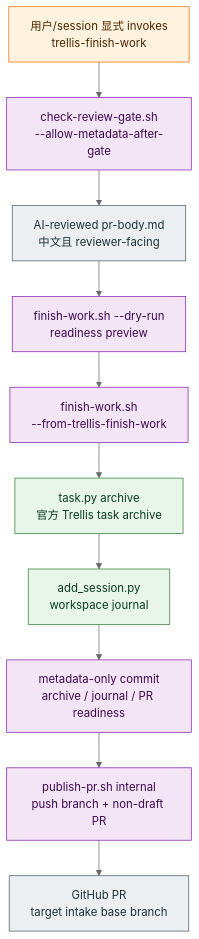
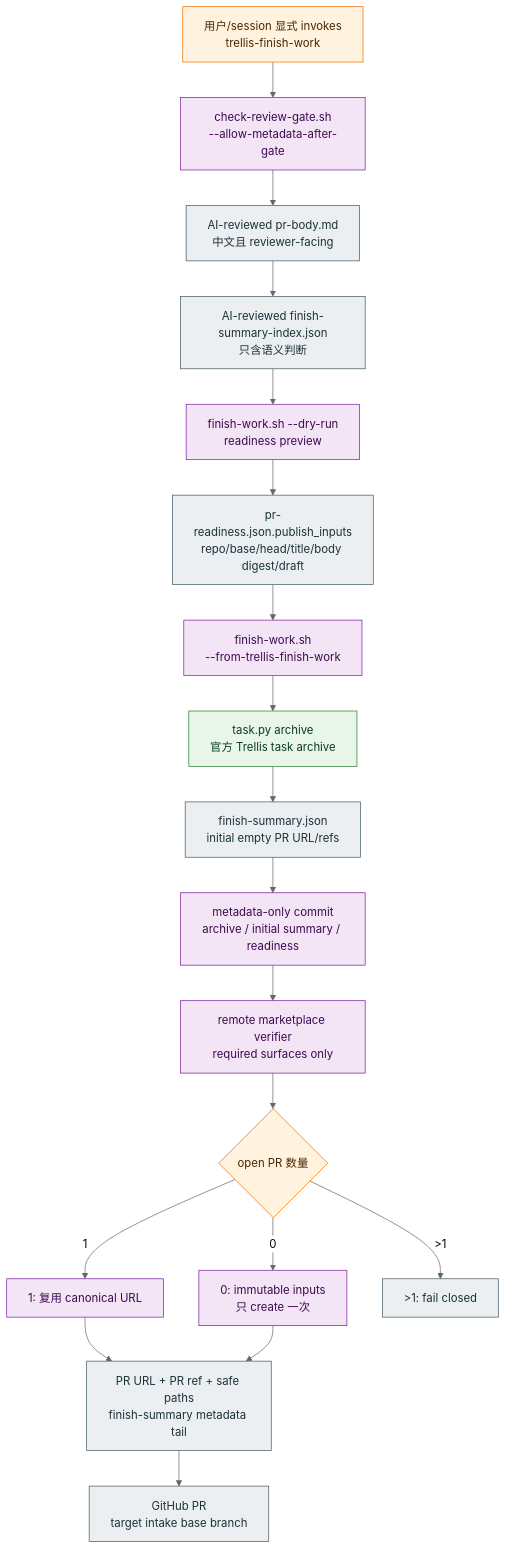
Before and after one commit to castbox/guru-trellis: the sixth of 6 diagrams in docs/requirements/guru-team-trellis-flow.md, drawn with Mermaid (neutral theme). The commit also changed other lines of this file and 36 other files, not shown here.

````diff
--- a/docs/requirements/guru-team-trellis-flow.md
+++ b/docs/requirements/guru-team-trellis-flow.md
@@ -345,20 +345,30 @@
 ```mermaid
 flowchart TD
   Start["用户/session 显式 invokes<br/>trellis-finish-work"]:::guru
   CheckGate["check-review-gate.sh<br/>--allow-metadata-after-gate"]:::script
   Body["AI-reviewed pr-body.md<br/>中文且 reviewer-facing"]:::artifact
   Dry["finish-work.sh --dry-run<br/>readiness preview"]:::script
+  Index["AI-reviewed finish-summary-index.json<br/>只含语义判断"]:::artifact
+  Readiness["pr-readiness.json.publish_inputs<br/>repo/base/head/title/body digest/draft"]:::artifact
   Formal["finish-work.sh<br/>--from-trellis-finish-work"]:::script
   Archive["task.py archive<br/>官方 Trellis task archive"]:::trellis
-  Journal["add_session.py<br/>workspace journal"]:::trellis
-  MetaCommit["metadata-only commit<br/>archive / journal / PR readiness"]:::script
-  Publish["publish-pr.sh internal<br/>push branch + non-draft PR"]:::script
+  Initial["finish-summary.json<br/>initial empty PR URL/refs"]:::artifact
+  MetaCommit["metadata-only commit<br/>archive / initial summary / readiness"]:::script
+  Verify["remote marketplace verifier<br/>required surfaces only"]:::script
+  Resolve{"open PR 数量"}:::guru
+  Reuse["1: 复用 canonical URL"]:::script
+  Create["0: immutable inputs<br/>只 create 一次"]:::script
+  Block["&gt;1: fail closed"]:::artifact
+  Tail["PR URL + PR ref + safe paths<br/>finish-summary metadata tail"]:::artifact
   PR["GitHub PR<br/>target intake base branch"]:::artifact
 
-  Start --> CheckGate --> Body --> Dry --> Formal --> Archive --> Journal --> MetaCommit --> Publish --> PR
+  Start --> CheckGate --> Body --> Index --> Dry --> Readiness --> Formal --> Archive --> Initial --> MetaCommit --> Verify --> Resolve
+  Resolve -->|"1"| Reuse --> Tail --> PR
+  Resolve -->|"0"| Create --> Tail
+  Resolve -->|"&gt;1"| Block
 
   classDef trellis fill:#E8F5E9,stroke:#2E7D32,color:#0B3D1E;
   classDef guru fill:#FFF3E0,stroke:#EF6C00,color:#4A2600;
   classDef script fill:#F3E5F5,stroke:#7B1FA2,color:#3D0A4F;
   classDef artifact fill:#ECEFF1,stroke:#455A64,color:#1C313A;
 ```
````
